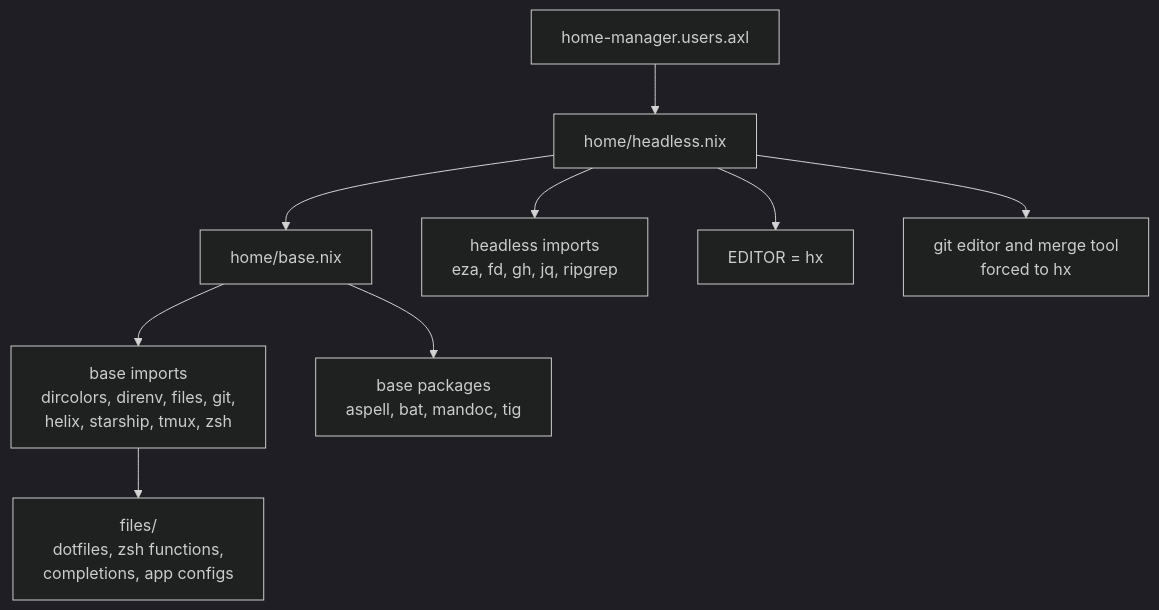
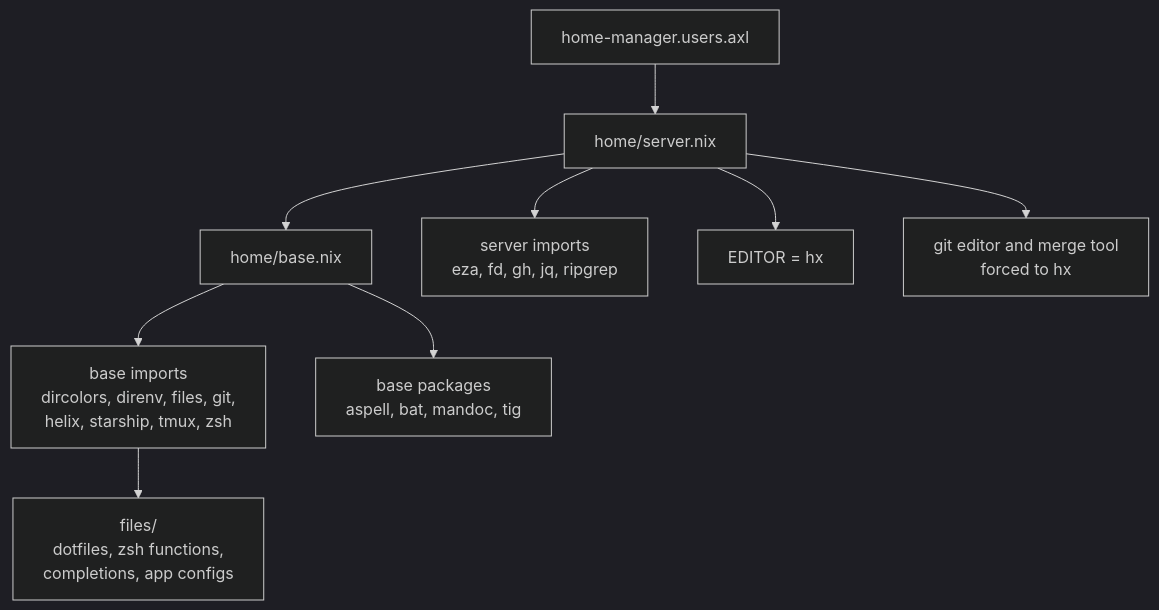
One commit to axler8r/nixotic changed the seventh of 8 diagrams in docs/server-configuration-route.md. Above: the diagram before and after it, drawn with Mermaid (dark theme). The commit also changed other lines of this file and 5 other files, not shown here.

````diff
--- a/docs/server-configuration-route.md
+++ b/docs/server-configuration-route.md
@@ -294,22 +308,22 @@
 ```mermaid
 flowchart TD
     HM["home-manager.users.axl"]
-    Headless["home/headless.nix"]
+    Headless["home/server.nix"]
     HomeBase["home/base.nix"]
 
-    HeadlessImports["headless imports\neza, fd, gh, jq, ripgrep"]
+    HeadlessImports["server imports\neza, fd, gh, jq, ripgrep"]
     BaseImports["base imports\ndircolors, direnv, files, git,\nhelix, starship, tmux, zsh"]
     Editor["EDITOR = hx"]
     GitEditor["git editor and merge tool\nforced to hx"]
     BasePackages["base packages\naspell, bat, mandoc, tig"]
     Files["files/\ndotfiles, zsh functions,\ncompletions, app configs"]
 
     HM --> Headless
     Headless --> HomeBase
     Headless --> HeadlessImports
     Headless --> Editor
     Headless --> GitEditor
     HomeBase --> BaseImports
     HomeBase --> BasePackages
     BaseImports --> Files
 ```
````
